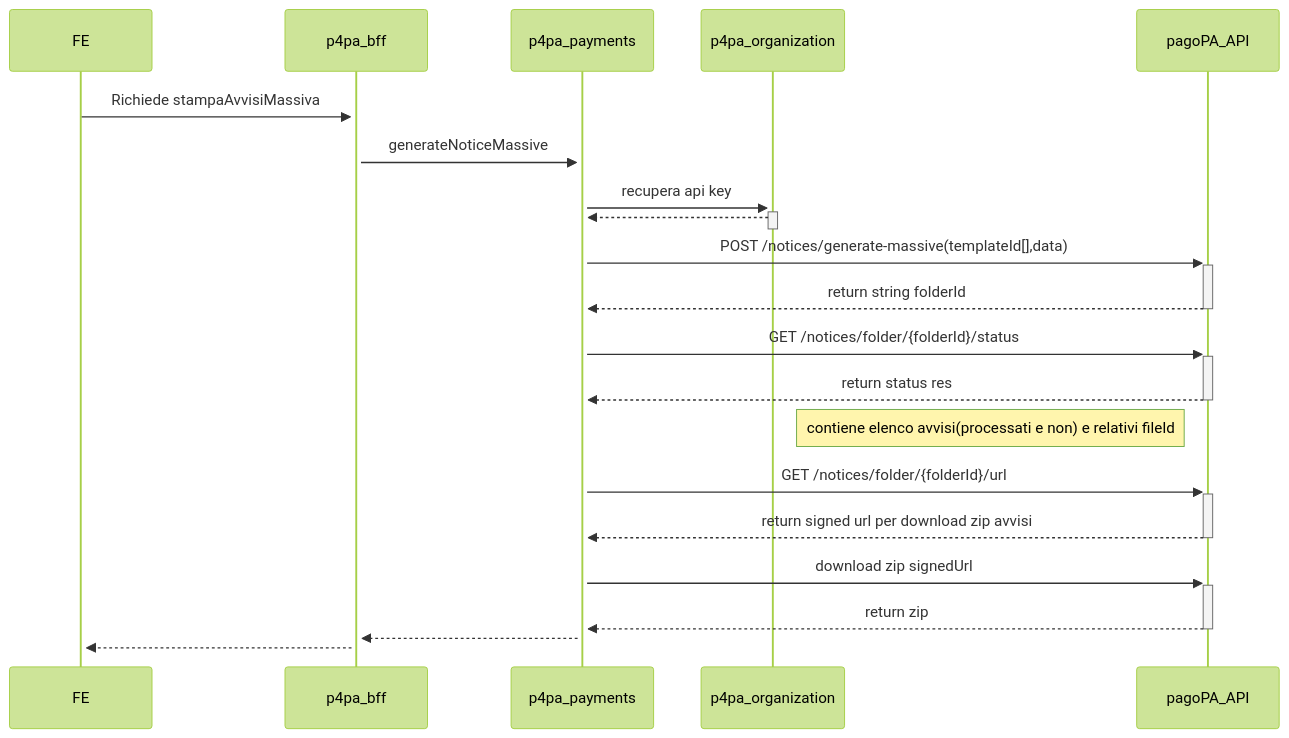
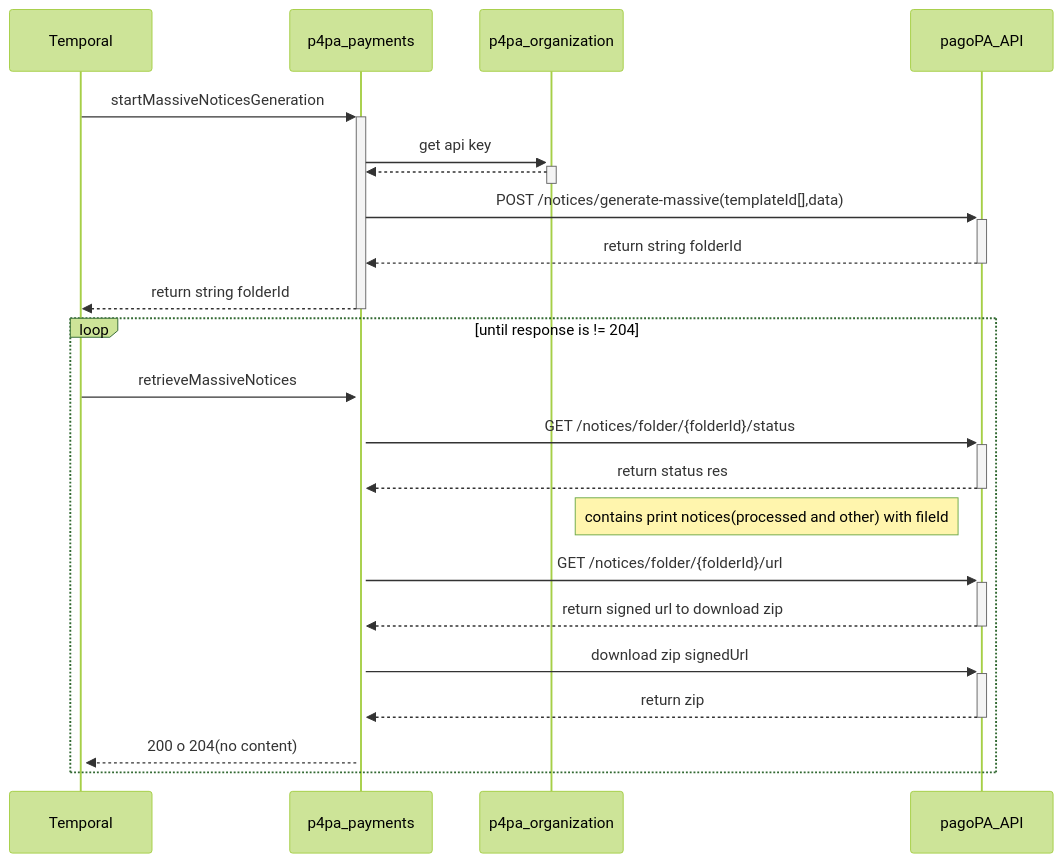
Before and after one commit to pagopa/p4pa-doc: the diagram in design/stampa-avvisi/sequence_stampaAvvisiMassiva.mmd, drawn with Mermaid (forest theme). The commit also changed 1 other file, not shown here.

Commit message:
fix: P4ADEV-2596 massive sd (#35)
* P4ADEV-2596 fix massive sd

* P4ADEV-2596 fix pr

```diff
--- a/design/stampa-avvisi/sequence_stampaAvvisiMassiva.mmd
+++ b/design/stampa-avvisi/sequence_stampaAvvisiMassiva.mmd
@@ -1,22 +1,23 @@
 sequenceDiagram
-    participant FE
-    participant p4pa_bff
+    participant Temporal
     participant p4pa_payments
     participant p4pa_organization
     participant pagoPA_API
 
-     FE ->>+ p4pa_bff: Richiede stampaAvvisiMassiva
-        p4pa_bff ->>+ p4pa_payments: generateNoticeMassive
-            p4pa_payments ->>+ p4pa_organization: recupera api key
+    Temporal ->>+ p4pa_payments: startMassiveNoticesGeneration
+        p4pa_payments ->>+ p4pa_organization: get api key
             p4pa_organization -->>- p4pa_payments: #
             p4pa_payments ->>+ pagoPA_API: POST /notices/generate-massive(templateId[],data)
-                pagoPA_API -->>- p4pa_payments: return string folderId
-                p4pa_payments ->>+ pagoPA_API: GET /notices/folder/{folderId}/status
-                pagoPA_API -->>- p4pa_payments: return status res
-                note left of pagoPA_API: contiene elenco avvisi(processati e non) e relativi fileId
-                p4pa_payments ->>+ pagoPA_API: GET /notices/folder/{folderId}/url
-                pagoPA_API -->>- p4pa_payments: return signed url per download zip avvisi
-                p4pa_payments ->>+ pagoPA_API: download zip signedUrl
-                pagoPA_API -->>- p4pa_payments: return zip
-        p4pa_payments -->>+ p4pa_bff: #
-     p4pa_bff -->>+ FE: #
+            pagoPA_API -->>- p4pa_payments: return string folderId
+        p4pa_payments -->>- Temporal: return string folderId
+        loop until response is != 204
+                Temporal ->>+ p4pa_payments: retrieveMassiveNotices
+                    p4pa_payments ->>+ pagoPA_API: GET /notices/folder/{folderId}/status
+                    pagoPA_API -->>- p4pa_payments: return status res
+                    note left of pagoPA_API: contains print notices(processed and other) with fileId
+                    p4pa_payments ->>+ pagoPA_API: GET /notices/folder/{folderId}/url
+                    pagoPA_API -->>- p4pa_payments: return signed url to download zip
+                    p4pa_payments ->>+ pagoPA_API: download zip signedUrl
+                    pagoPA_API -->>- p4pa_payments: return zip
+                    p4pa_payments -->>+ Temporal: 200 o 204(no content)
+        end
```
